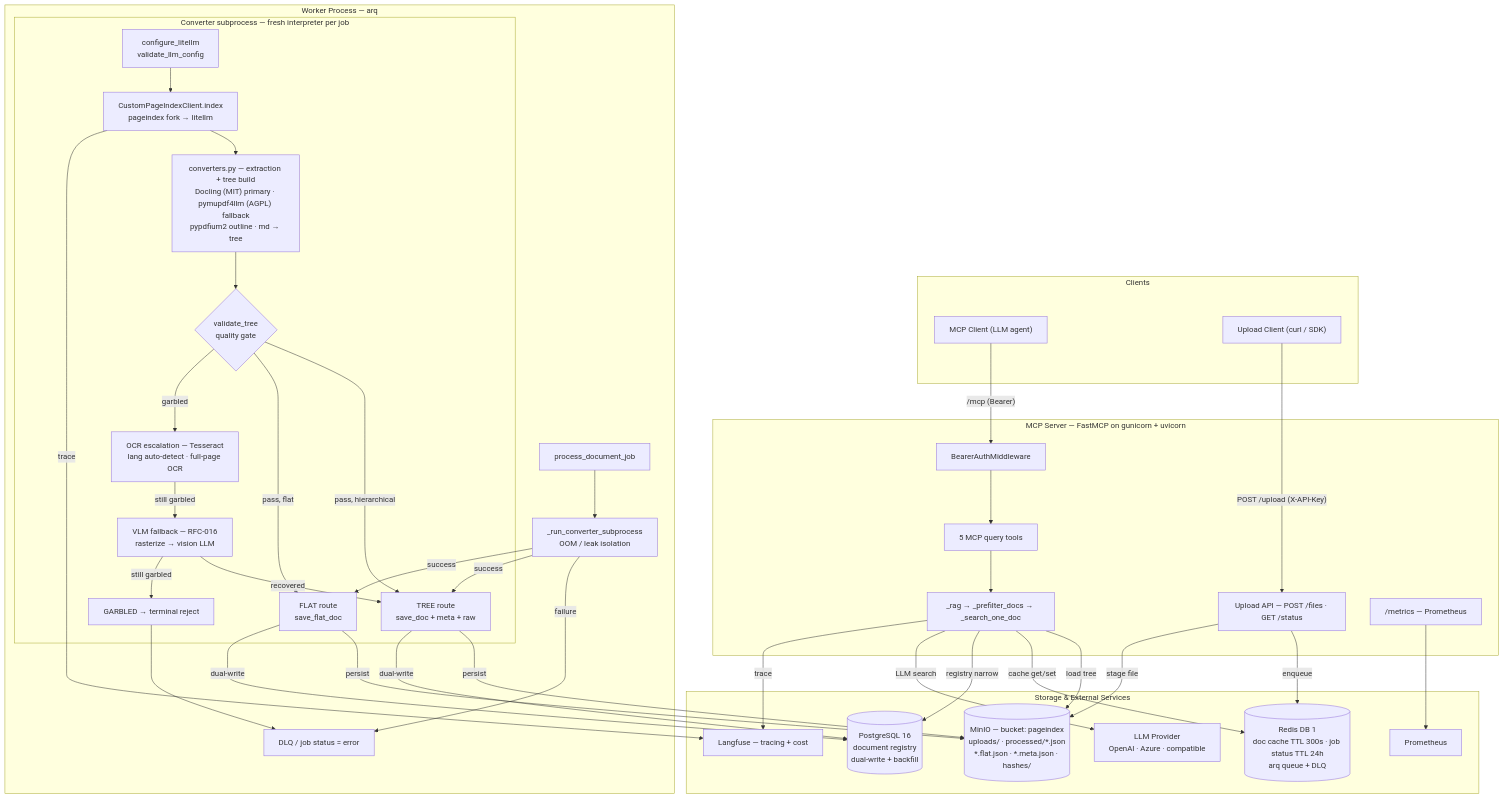
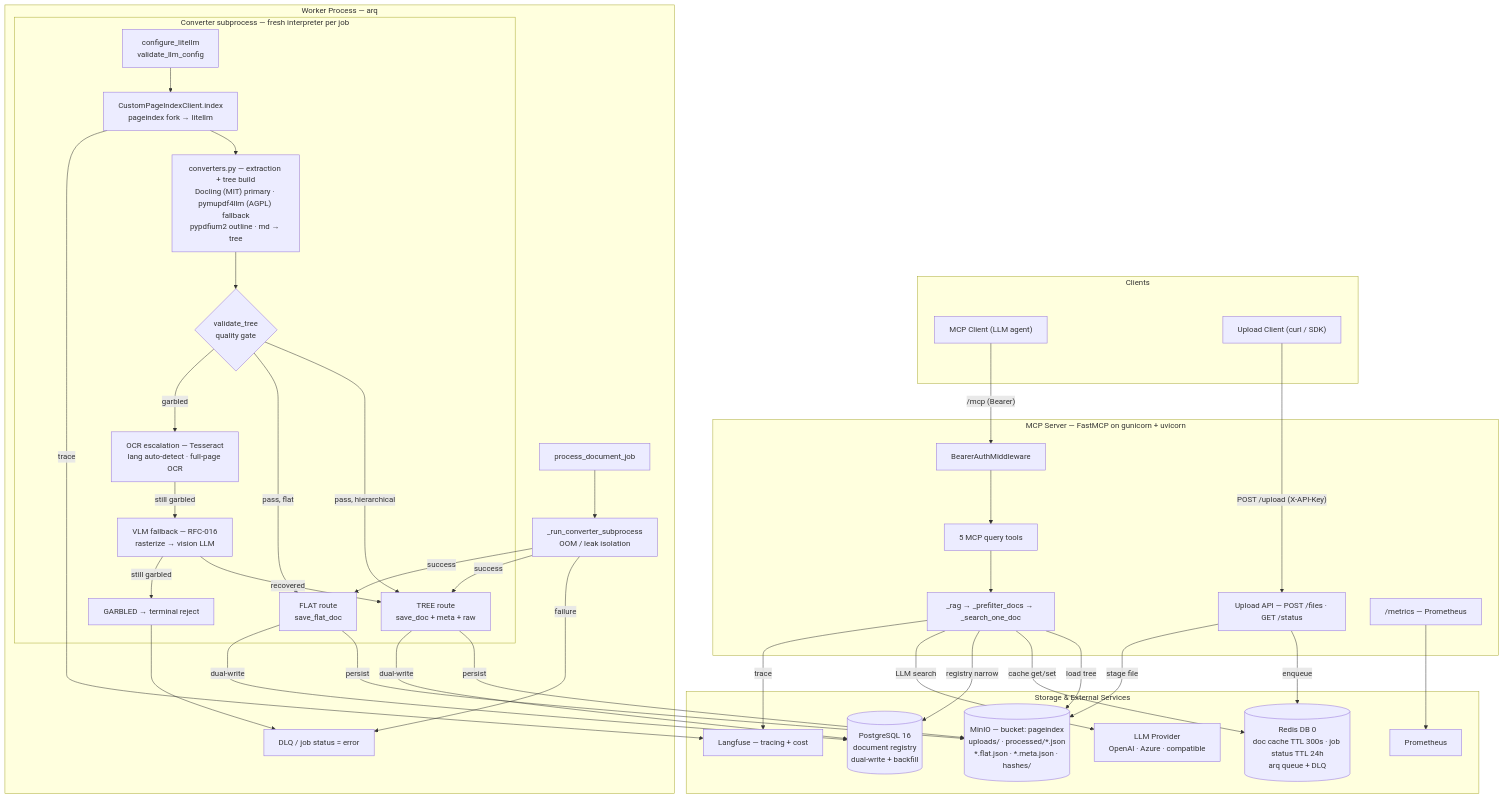
Before and after one commit to trehansalil/pageindex: the diagram in README.md, drawn with Mermaid. The commit also changed other lines of this file, not shown here.

Commit message:
fix(readme): correct Mermaid syntax and Redis DB references
Split invalid compound node edges (ST & SF) into separate lines
and align all Redis DB references to DB 0 matching config.py default.

````diff
--- a/README.md
+++ b/README.md
@@ -23,65 +23,68 @@
 ```mermaid
 graph TD
     subgraph clients["Clients"]
         MCPC["MCP Client (LLM agent)"]
         UPC["Upload Client (curl / SDK)"]
     end
 
     subgraph server["MCP Server — FastMCP on gunicorn + uvicorn"]
         AUTH["BearerAuthMiddleware"]
         TOOLS["5 MCP query tools"]
         RAG["_rag → _prefilter_docs → _search_one_doc"]
         UPAPI["Upload API — POST /files · GET /status"]
         METRICS["/metrics — Prometheus"]
     end
 
     subgraph worker["Worker Process — arq"]
         PDJ["process_document_job"]
         SUB["_run_converter_subprocess\nOOM / leak isolation"]
         DLQ["DLQ / job status = error"]
         subgraph subp["Converter subprocess — fresh interpreter per job"]
             CFG["configure_litellm\nvalidate_llm_config"]
             IDX["CustomPageIndexClient.index\npageindex fork → litellm"]
             CONV["converters.py — extraction + tree build\nDocling (MIT) primary · pymupdf4llm (AGPL) fallback\npypdfium2 outline · md → tree"]
             VT{"validate_tree\nquality gate"}
             OCR["OCR escalation — Tesseract\nlang auto-detect · full-page OCR"]
             VLM["VLM fallback — RFC-016\nrasterize → vision LLM"]
             ST["TREE route\nsave_doc + meta + raw"]
             SF["FLAT route\nsave_flat_doc"]
             GB["GARBLED → terminal reject"]
         end
     end
 
     subgraph infra["Storage & External Services"]
         MINIO[("MinIO — bucket: pageindex\nuploads/ · processed/*.json\n*.flat.json · *.meta.json · hashes/")]
-        REDIS[("Redis DB 1\ndoc cache TTL 300s · job status TTL 24h\narq queue + DLQ")]
+        REDIS[("Redis DB 0\ndoc cache TTL 300s · job status TTL 24h\narq queue + DLQ")]
         PG[("PostgreSQL 16\ndocument registry\ndual-write + backfill")]
         PROV["LLM Provider\nOpenAI · Azure · compatible"]
         LF["Langfuse — tracing + cost"]
         PROM["Prometheus"]
     end
 
     MCPC -->|"/mcp (Bearer)"| AUTH
     UPC -->|"POST /upload (X-API-Key)"| UPAPI
     AUTH --> TOOLS --> RAG
     RAG -->|load tree| MINIO
     RAG -->|cache get/set| REDIS
     RAG -->|registry narrow| PG
     RAG -->|LLM search| PROV
     UPAPI -->|enqueue| REDIS
     UPAPI -->|stage file| MINIO
     PDJ --> SUB
-    SUB -->|success| ST & SF
+    SUB -->|success| ST
+    SUB -->|success| SF
     SUB -->|failure| DLQ
     CFG --> IDX --> CONV --> VT
     VT -->|pass, hierarchical| ST
     VT -->|pass, flat| SF
     VT -->|garbled| OCR -->|still garbled| VLM
     VLM -->|recovered| ST
     VLM -->|still garbled| GB --> DLQ
-    ST & SF -->|persist| MINIO
-    ST & SF -->|dual-write| PG
+    ST -->|persist| MINIO
+    SF -->|persist| MINIO
+    ST -->|dual-write| PG
+    SF -->|dual-write| PG
     METRICS --> PROM
     IDX -->|trace| LF
     RAG -->|trace| LF
 ```
````
